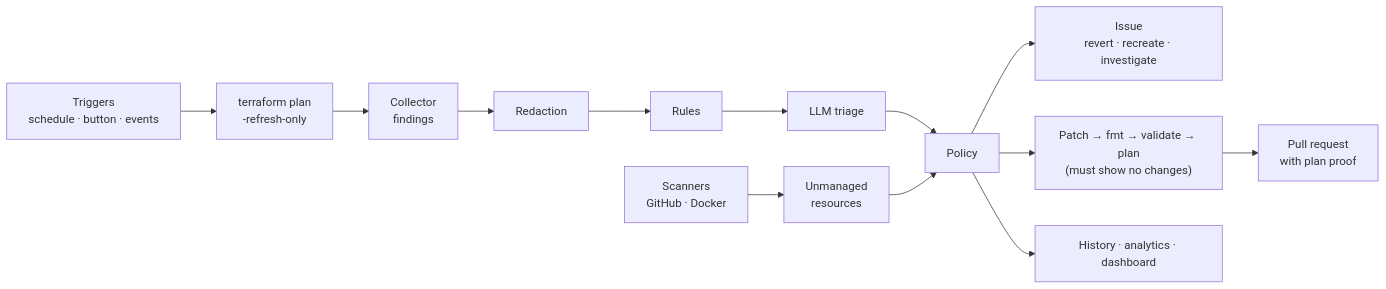
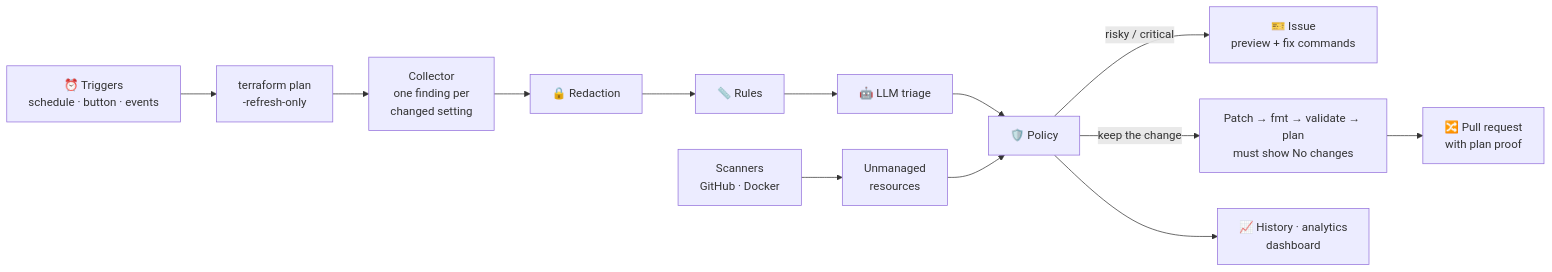
One commit to shreytiwari09/DriftPilot-AI-Terraform-Drift-Detector changed the second of 4 diagrams in README.md. Above: the diagram before and after it, drawn with Mermaid. The commit also changed other lines of this file and 4 other files, not shown here.

First line of the commit message:
Rewrite the README with a logo, diagrams and real screenshots

````diff
--- a/README.md
+++ b/README.md
@@ -23,11 +83,11 @@
 ```mermaid
 flowchart LR
-  T["Triggers<br/>schedule · button · events"] --> P["terraform plan<br/>-refresh-only"]
-  P --> C[Collector<br/>findings]
-  S[Scanners<br/>GitHub · Docker] --> U[Unmanaged<br/>resources]
-  C --> R[Redaction] --> RU[Rules] --> L[LLM triage] --> PO[Policy]
+  T["⏰ Triggers<br/>schedule · button · events"] --> P["terraform plan<br/>-refresh-only"]
+  P --> C["Collector<br/>one finding per<br/>changed setting"]
+  S["Scanners<br/>GitHub · Docker"] --> U["Unmanaged<br/>resources"]
+  C --> RD["🔒 Redaction"] --> RU["📏 Rules"] --> L["🤖 LLM triage"] --> PO["🛡️ Policy"]
   U --> PO
-  PO --> I[Issue<br/>revert · recreate · investigate]
-  PO --> V["Patch → fmt → validate → plan<br/>(must show no changes)"] --> PR[Pull request<br/>with plan proof]
-  PO --> H[History · analytics · dashboard]
+  PO -->|"risky / critical"| I["🎫 Issue<br/>preview + fix commands"]
+  PO -->|"keep the change"| V["Patch → fmt → validate → plan<br/>must show No changes"] --> PR["🔀 Pull request<br/>with plan proof"]
+  PO --> H["📈 History · analytics<br/>dashboard"]
 ```
````
